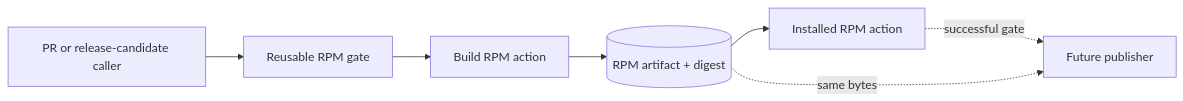
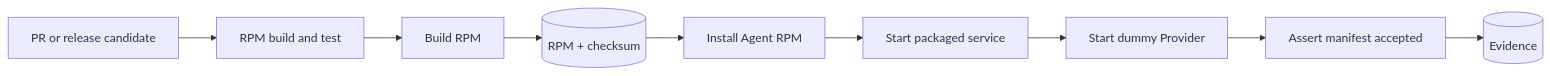
One commit to stateforge-org/stateforge-agent changed the diagram in docs/ci-cd.md. Above: the diagram before and after it, drawn with Mermaid. The commit also changed other lines of this file and 22 other files, not shown here.

Commit message:
[TASK][MVP] Refine Agent system-test action library

````diff
--- a/docs/ci-cd.md
+++ b/docs/ci-cd.md
@@ -25,16 +54,16 @@
 ```mermaid
 flowchart LR
-    Caller[PR or release-candidate caller]
-    Gate[Reusable RPM gate]
-    Build[Build RPM action]
-    Artifact[(RPM artifact + digest)]
-    Test[Installed RPM action]
-    Publish[Future publisher]
+    Event[PR or release candidate]
+    Pipeline[RPM build and test]
+    Build[Build RPM]
+    Artifact[(RPM + checksum)]
+    Install[Install Agent RPM]
+    Agent[Start packaged service]
+    Provider[Start dummy Provider]
+    Manifest[Assert manifest accepted]
+    Evidence[(Evidence)]
 
-    Caller --> Gate
-    Gate --> Build
-    Build --> Artifact
-    Artifact --> Test
-    Test -. successful gate .-> Publish
-    Artifact -. same bytes .-> Publish
+    Event --> Pipeline
+    Pipeline --> Build --> Artifact --> Install
+    Install --> Agent --> Provider --> Manifest --> Evidence
 ```
````
